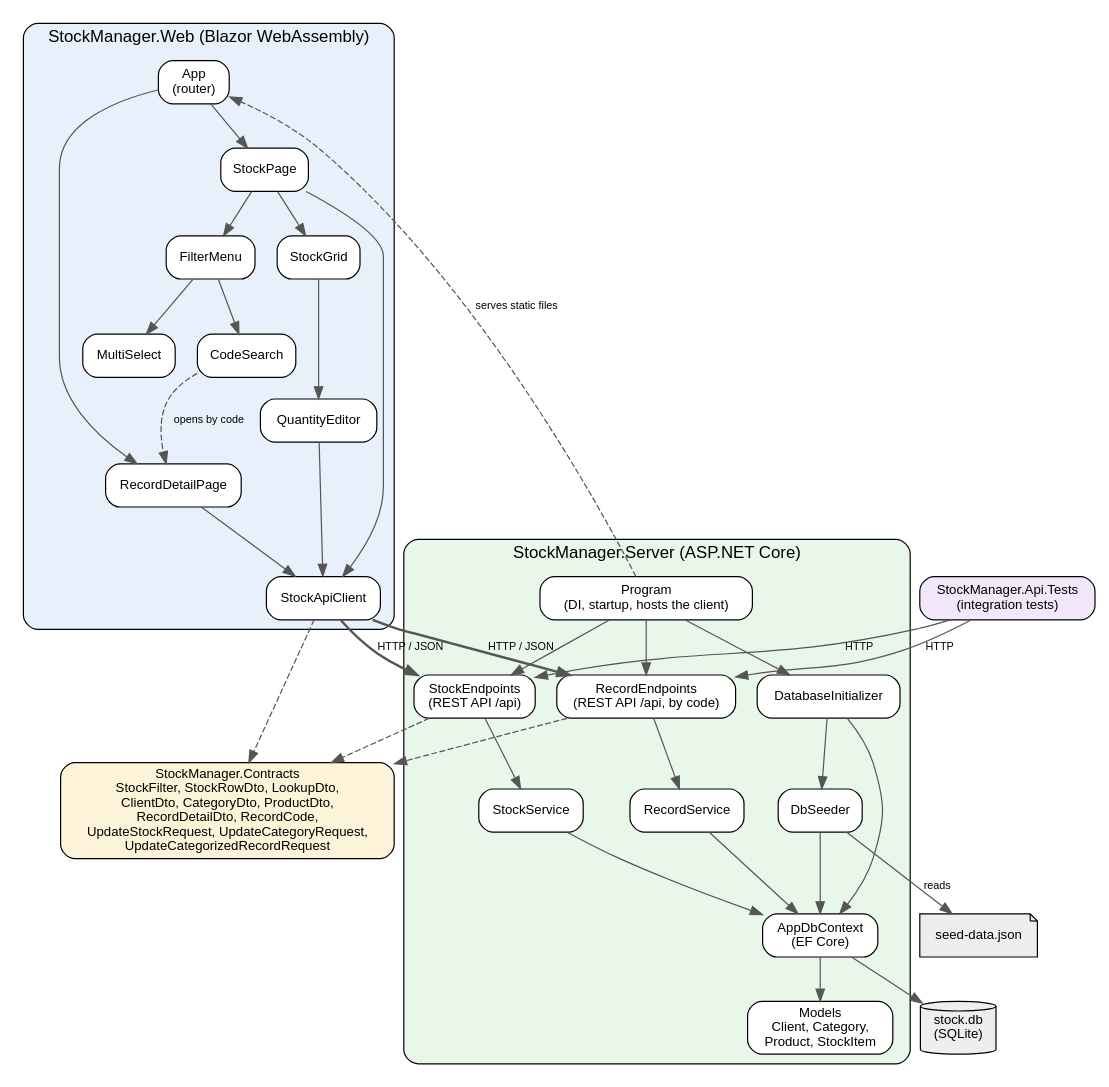
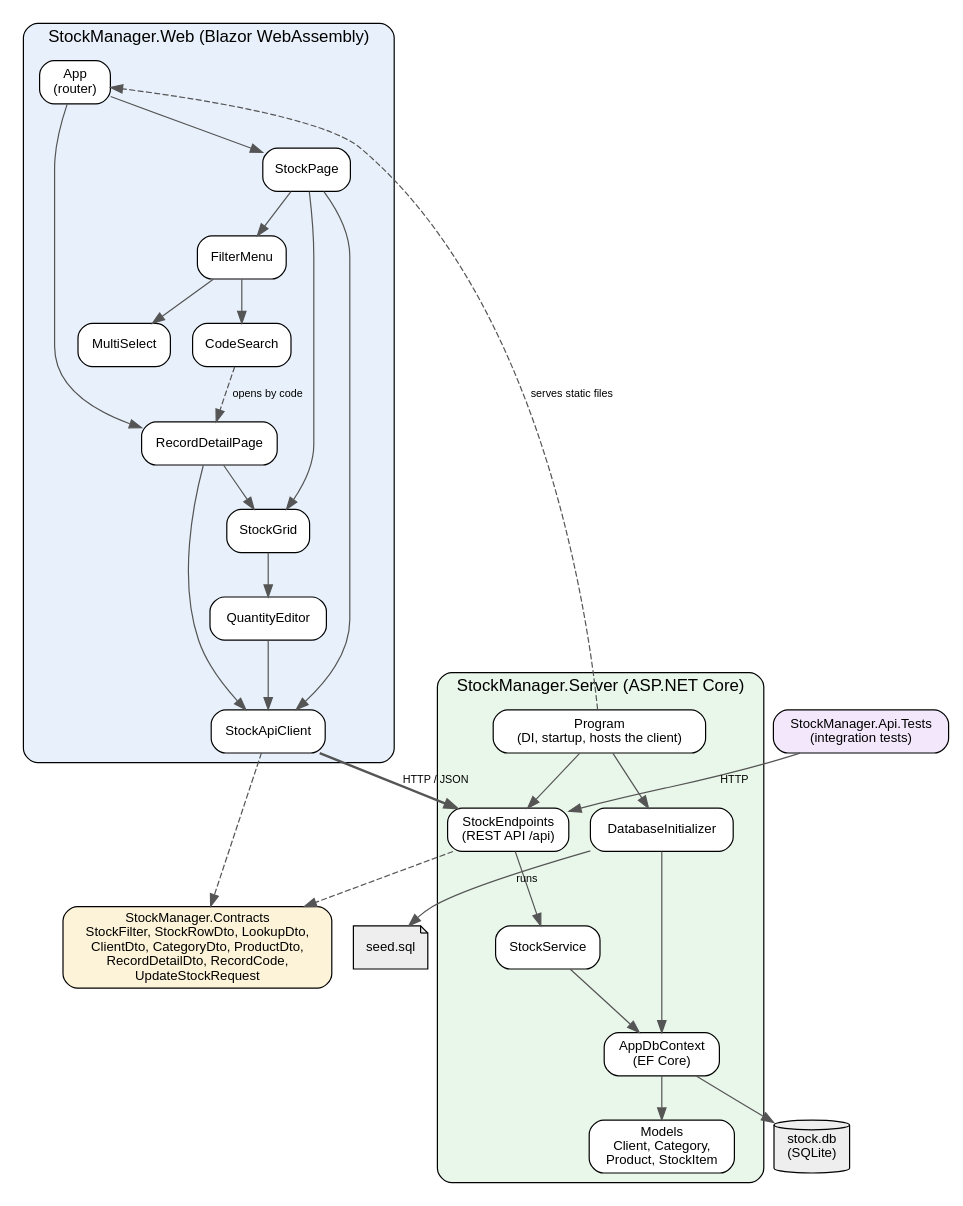
One commit to TechVo/StockManager changed the diagram in docs/architecture.dot. Above: the diagram before and after it, drawn with Graphviz. The commit also changed 31 other files, not shown here.

```diff
--- a/docs/architecture.dot
+++ b/docs/architecture.dot
@@ -1,102 +1,92 @@
 // Source of the architecture diagram. The build renders it to architecture.svg and architecture.png.
 digraph Architecture {
     // general layout and style
     rankdir=TB;
     compound=true;
     newrank=true;
     fontname="Helvetica";
     node [shape=box, style="rounded,filled", fillcolor=white, fontname="Helvetica", fontsize=11];
     edge [fontname="Helvetica", fontsize=9, color="#555555"];
 
     // Blazor WebAssembly client, runs in the browser
     subgraph cluster_web {
         label="StockManager.Web (Blazor WebAssembly)";
         style="rounded,filled";
         fillcolor="#e8f1fb";
 
         App [label="App\n(router)"];
         StockPage;
         RecordDetailPage;
         FilterMenu;
         CodeSearch;
         MultiSelect;
         StockGrid;
         QuantityEditor;
         StockApiClient;
     }
 
     // DTOs shared by the client and the server
-    Contracts [label="StockManager.Contracts\nStockFilter, StockRowDto, LookupDto,\nClientDto, CategoryDto, ProductDto,\nRecordDetailDto, RecordCode,\nUpdateStockRequest, UpdateCategoryRequest,\nUpdateCategorizedRecordRequest", fillcolor="#fdf3d8"];
+    Contracts [label="StockManager.Contracts\nStockFilter, StockRowDto, LookupDto,\nClientDto, CategoryDto, ProductDto,\nRecordDetailDto, RecordCode,\nUpdateStockRequest", fillcolor="#fdf3d8"];
 
     // REST API, application logic and data access
     subgraph cluster_server {
         label="StockManager.Server (ASP.NET Core)";
         style="rounded,filled";
         fillcolor="#e9f6ea";
 
         Program [label="Program\n(DI, startup, hosts the client)"];
         StockEndpoints [label="StockEndpoints\n(REST API /api)"];
-        RecordEndpoints [label="RecordEndpoints\n(REST API /api, by code)"];
         StockService;
-        RecordService;
         DatabaseInitializer;
-        DbSeeder;
         AppDbContext [label="AppDbContext\n(EF Core)"];
         Models [label="Models\nClient, Category,\nProduct, StockItem"];
     }
 
     // files used at runtime
     Database [label="stock.db\n(SQLite)", shape=cylinder, fillcolor="#eeeeee"];
-    SeedData [label="seed-data.json", shape=note, fillcolor="#eeeeee"];
+    SeedData [label="seed.sql", shape=note, fillcolor="#eeeeee"];
 
     // integration tests run the real server with their own database file
     Tests [label="StockManager.Api.Tests\n(integration tests)", fillcolor="#f3e8fb"];
 
     // component structure of the pages
     App -> StockPage;
     App -> RecordDetailPage;
     StockPage -> FilterMenu;
     FilterMenu -> MultiSelect;
     FilterMenu -> CodeSearch;
     CodeSearch -> RecordDetailPage [label="opens by code", style=dashed];
     StockPage -> StockGrid;
     StockGrid -> QuantityEditor;
 
     // client components call the API only through the API client
     StockPage -> StockApiClient;
     QuantityEditor -> StockApiClient;
     RecordDetailPage -> StockApiClient;
+    RecordDetailPage -> StockGrid;
 
     // communication between the client and the server
     StockApiClient -> StockEndpoints [label="HTTP / JSON", style=bold];
-    StockApiClient -> RecordEndpoints [label="HTTP / JSON", style=bold];
     Program -> App [label="serves static files", style=dashed, constraint=false];
 
     // request handling on the server
     Program -> StockEndpoints;
-    Program -> RecordEndpoints;
     StockEndpoints -> StockService;
-    RecordEndpoints -> RecordService;
     StockService -> AppDbContext;
-    RecordService -> AppDbContext;
 
     // database preparation at startup
     Program -> DatabaseInitializer;
-    DatabaseInitializer -> DbSeeder;
     DatabaseInitializer -> AppDbContext;
-    DbSeeder -> AppDbContext;
-    DbSeeder -> SeedData [label="reads"];
+    DatabaseInitializer -> SeedData [label="runs"];
 
     // data access
     AppDbContext -> Models;
     AppDbContext -> Database;
 
     // both sides share the same DTOs
     StockApiClient -> Contracts [style=dashed];
     StockEndpoints -> Contracts [style=dashed];
-    RecordEndpoints -> Contracts [style=dashed];
 
     // integration tests call the REST API
     Tests -> StockEndpoints [label="HTTP"];
-    Tests -> RecordEndpoints [label="HTTP"];
 }
```
